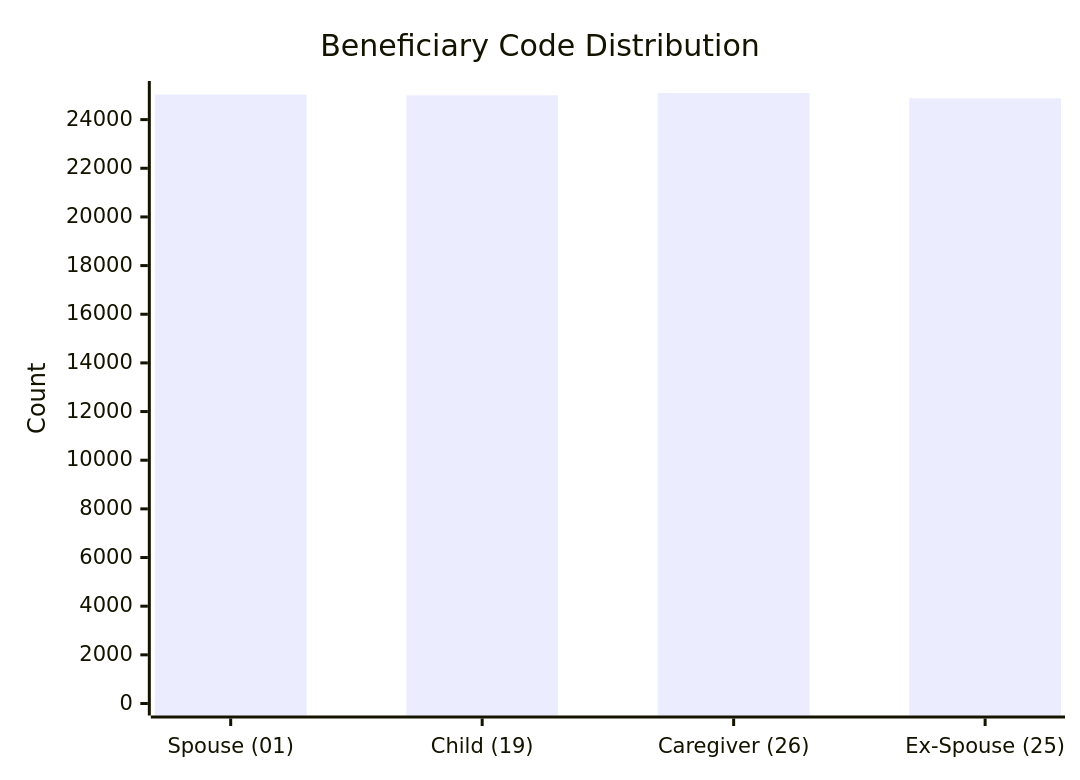
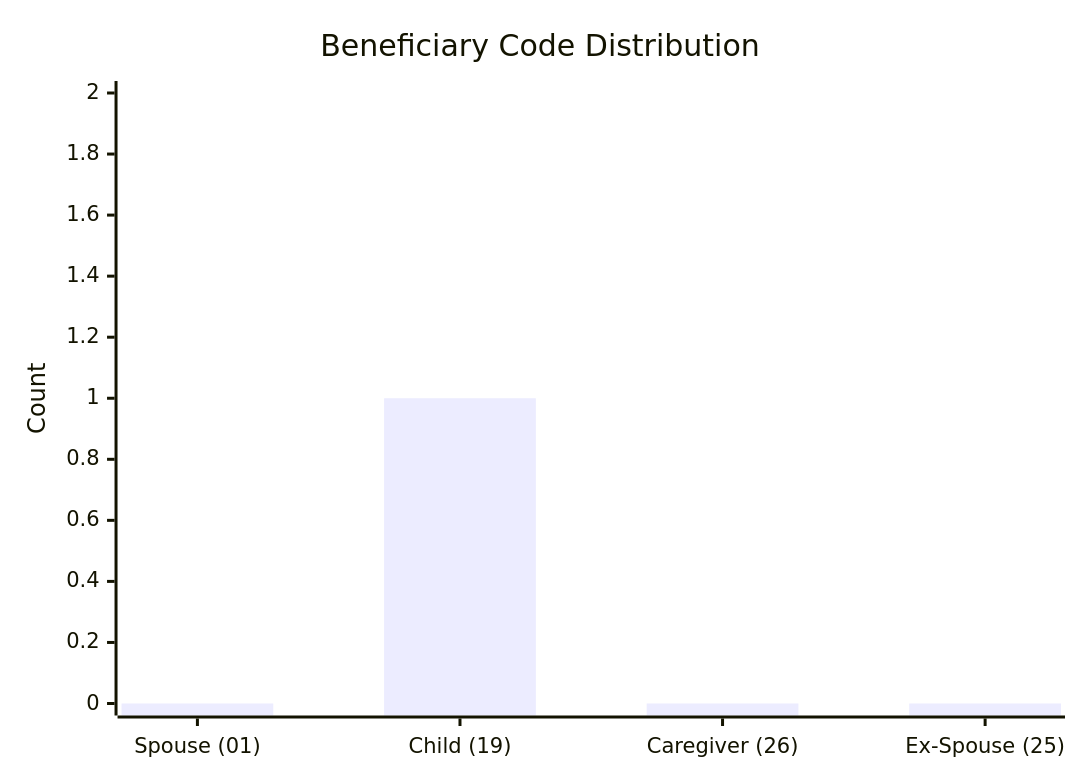
One commit to dhagan-va/intern-2025 changed the eighth of 11 diagrams in test-tools/DataGen/src/Statistics_Visualizer.md. Above: the diagram before and after it, drawn with Mermaid. The commit also changed other lines of this file and 1 other file, not shown here.

````diff
--- a/test-tools/DataGen/src/Statistics_Visualizer.md
+++ b/test-tools/DataGen/src/Statistics_Visualizer.md
@@ -89,7 +89,7 @@
 ```mermaid
 xychart-beta
     title "Beneficiary Code Distribution"
     x-axis ["Spouse (01)", "Child (19)", "Caregiver (26)", "Ex-Spouse (25)"]
-    y-axis "Count" 0 --> 25094
-    bar [25029, 25001, 25093, 24877]
+    y-axis "Count" 0 --> 2
+    bar [0, 1, 0, 0]
 ```
````
